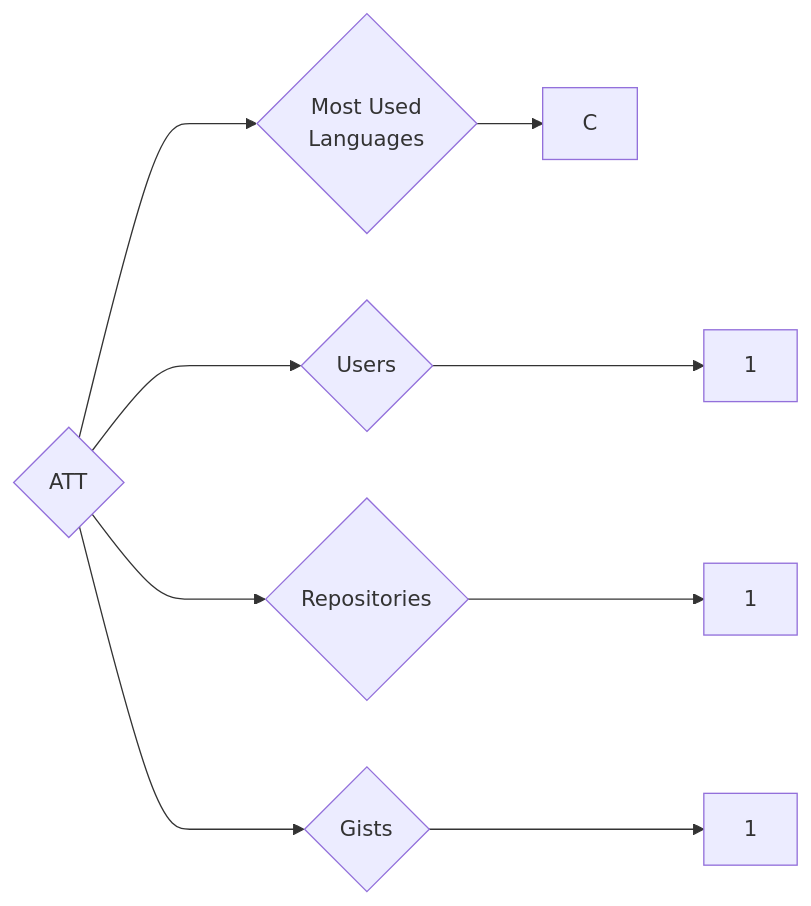
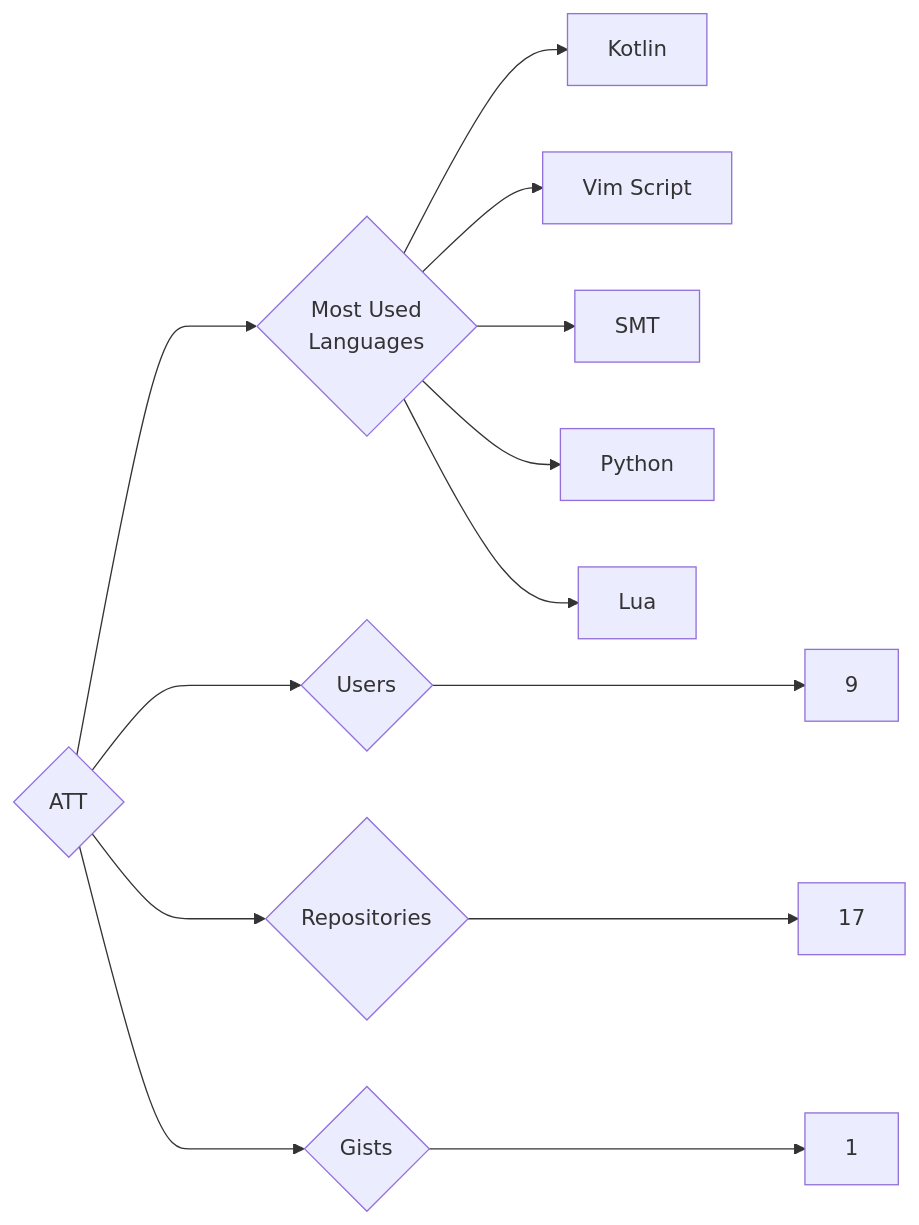
The diagram in targets/ATT/README.md (trickest/insiders), drawn with Mermaid before and after one commit. The commit also changed 1149 other files, not shown here.

````diff
--- a/targets/ATT/README.md
+++ b/targets/ATT/README.md
@@ -3,9 +3,13 @@
 ```mermaid
 graph LR
 COMPANY_NAME{ATT}
-COMPANY_NAME ---> U{Users} ---> UN[1]
-COMPANY_NAME ---> R{Repositories} ---> RN[1]
+COMPANY_NAME ---> U{Users} ---> UN[9]
+COMPANY_NAME ---> R{Repositories} ---> RN[17]
 COMPANY_NAME ---> G{Gists} ---> GN[1]
 COMPANY_NAME ---> ML{Most Used<br>Languages}
-ML --> C[C]
+ML --> Kotlin[Kotlin]
+ML --> Vim_Script[Vim Script]
+ML --> SMT[SMT]
+ML --> Python[Python]
+ML --> Lua[Lua]
 ```
````
